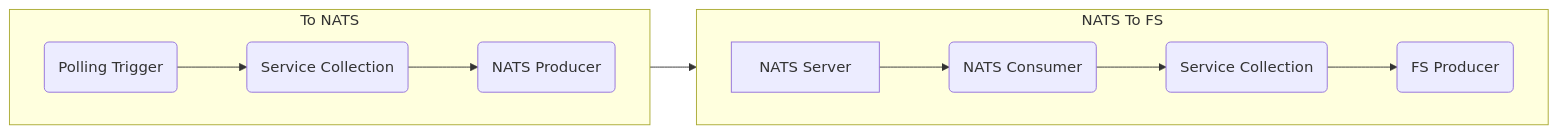
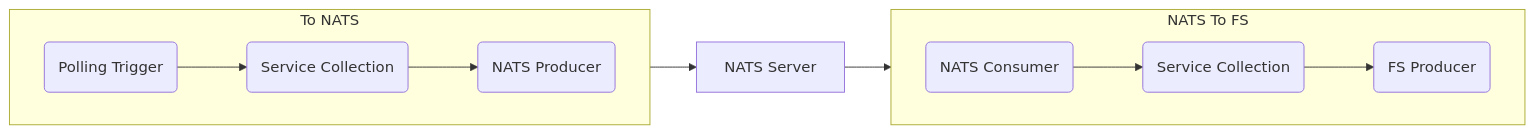
Before and after one commit to interlok-testing/testing_nats: the diagram in README.md, drawn with Mermaid.

Commit message:
Update diagram

````diff
--- a/README.md
+++ b/README.md
@@ -16,15 +16,15 @@
 ```mermaid
 graph LR
   subgraph To NATS
     direction LR
     PT(Polling Trigger) --> SC1(Service Collection)
     SC1 --> NP(NATS Producer)
   end
   NP --> NS[NATS Server]
+  NS --> NC("NATS Consumer")
   subgraph NATS To FS
     direction LR
-    NS --> NC(NATS Consumer)
     NC --> SC2(Service Collection)
     SC2 --> FP(FS Producer)
   end
 ```
````
